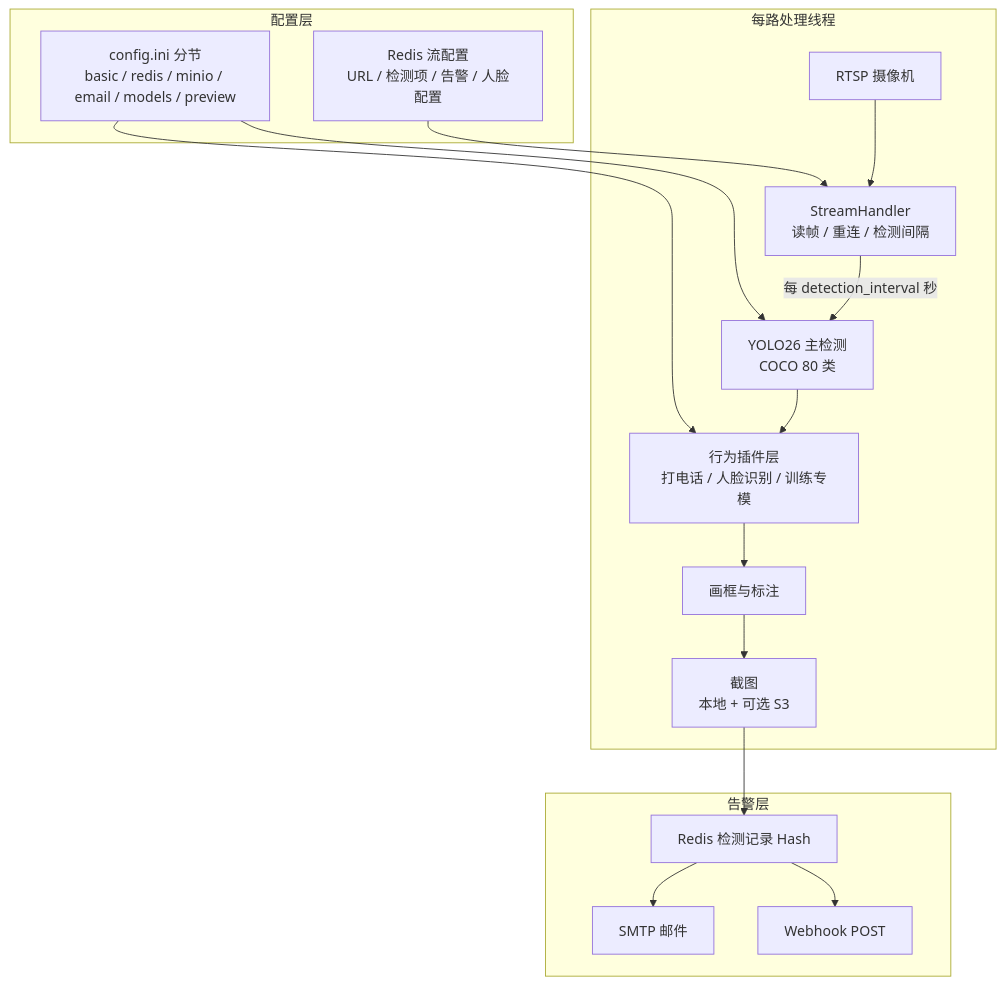
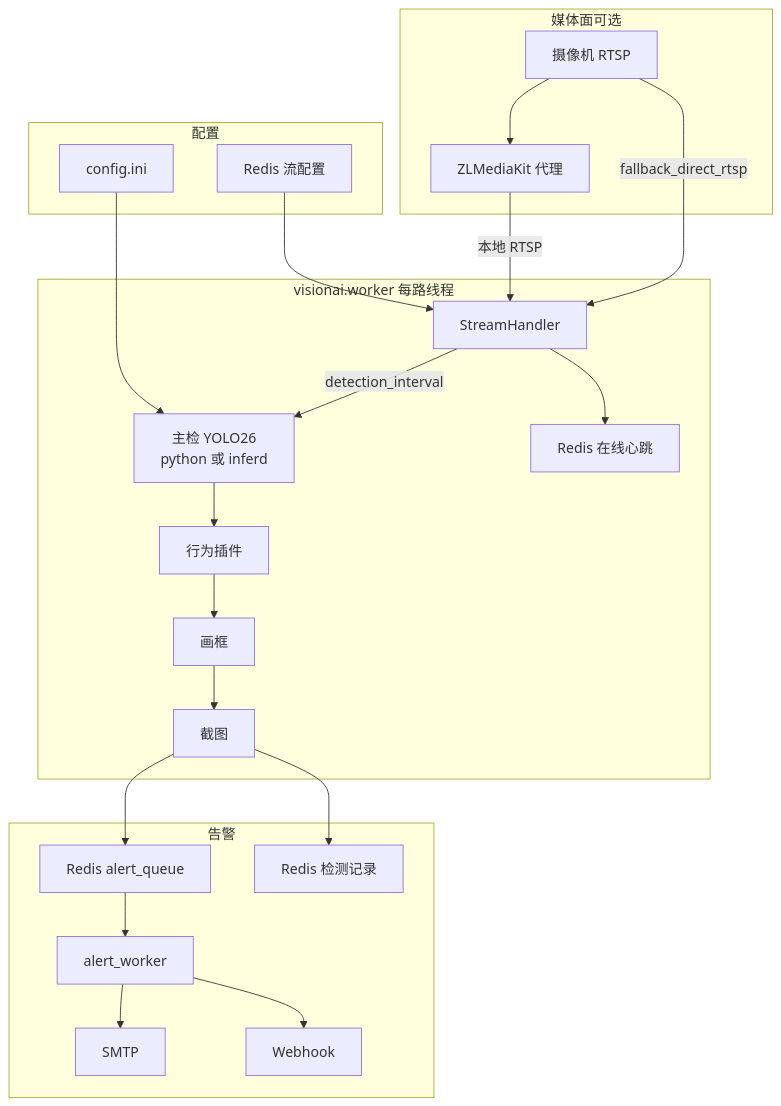
Before and after one commit to jiaxu-wang/JXVisionAI: the third of 5 diagrams in docs/architecture.md, drawn with Mermaid. The commit also changed other lines of this file and 163 other files, not shown here.

````diff
--- a/docs/architecture.md
+++ b/docs/architecture.md
@@ -38,34 +123,38 @@
 ```mermaid
 flowchart TB
-  subgraph config [配置层]
-    Redis_cfg[Redis 流配置<br/>URL / 检测项 / 告警 / 人脸配置]
-    Ini[config.ini 分节<br/>basic / redis / minio / email / models / preview]
+  subgraph config [配置]
+    Redis_cfg[Redis 流配置]
+    Ini[config.ini]
   end
-
-  subgraph thread [每路处理线程]
-    RTSP[RTSP 摄像机]
-    SH[StreamHandler<br/>读帧 / 重连 / 检测间隔]
-    YOLO[YOLO26 主检测<br/>COCO 80 类]
-    Behaviors[行为插件层<br/>打电话 / 人脸识别 / 训练专模]
-    Draw[画框与标注]
-    Snap[截图<br/>本地 + 可选 S3]
+  subgraph media [媒体面可选]
+    ZLM[ZLMediaKit 代理]
+    Cam[摄像机 RTSP]
   end
-
-  subgraph alert [告警层]
-    Redis_rec[Redis 检测记录 Hash]
-    Mail[SMTP 邮件]
-    Hook[Webhook POST]
+  subgraph worker [visionai.worker 每路线程]
+    SH[StreamHandler]
+    Det[主检 YOLO26<br/>python 或 inferd]
+    Beh[行为插件]
+    Draw[画框]
+    Snap[截图]
+    Status[Redis 在线心跳]
   end
-
+  subgraph alert [告警]
+    Q[Redis alert_queue]
+    AW[alert_worker]
+    Rec[Redis 检测记录]
+    Mail[SMTP]
+    Hook[Webhook]
+  end
   Redis_cfg --> SH
-  Ini --> YOLO
-  Ini --> Behaviors
-  RTSP --> SH
-  SH -->|每 detection_interval 秒| YOLO
-  YOLO --> Behaviors
-  Behaviors --> Draw
-  Draw --> Snap
-  Snap --> Redis_rec
-  Redis_rec --> Mail
-  Redis_rec --> Hook
+  Ini --> Det
+  Cam --> ZLM
+  ZLM -->|本地 RTSP| SH
+  Cam -->|fallback_direct_rtsp| SH
+  SH -->|detection_interval| Det
+  Det --> Beh --> Draw --> Snap
+  Snap --> Rec
+  Snap --> Q --> AW
+  AW --> Mail
+  AW --> Hook
+  SH --> Status
 ```
````
